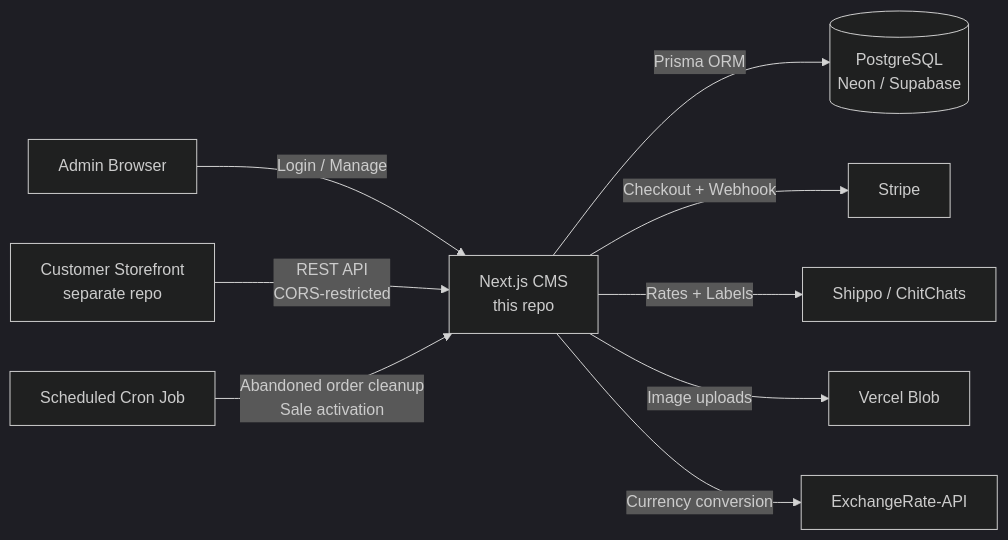
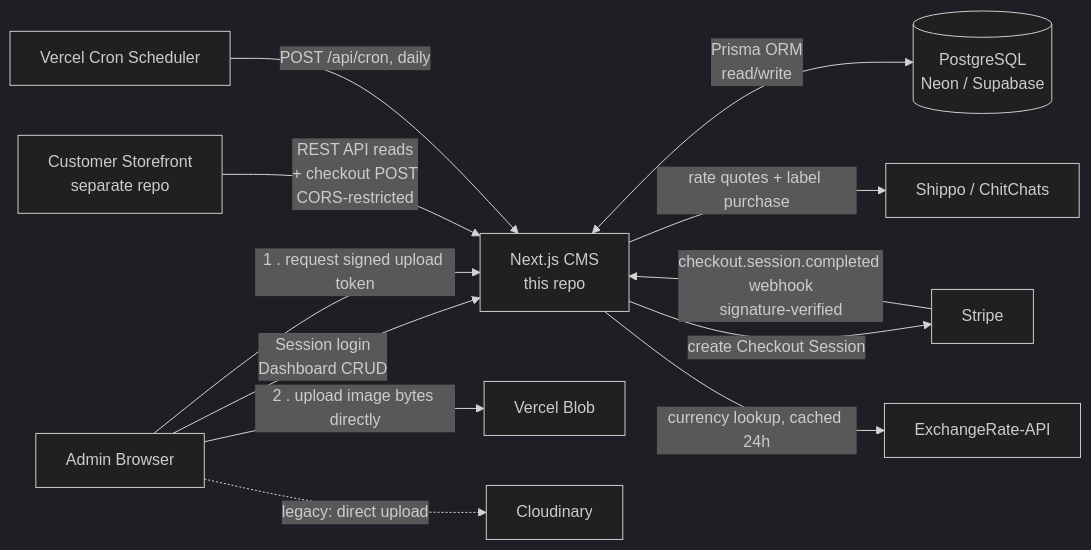
One commit to macsampson/ecommerce-cms changed the diagram in README.md. Above: the diagram before and after it, drawn with Mermaid (dark theme). The commit also changed other lines of this file, not shown here.

````diff
--- a/README.md
+++ b/README.md
@@ -80,12 +80,19 @@
 ```mermaid
 flowchart LR
-    Admin[Admin Browser] -->|Login / Manage| CMS[Next.js CMS<br/>this repo]
-    Storefront[Customer Storefront<br/>separate repo] -->|REST API<br/>CORS-restricted| CMS
+    Admin[Admin Browser] -->|Session login<br/>Dashboard CRUD| CMS[Next.js CMS<br/>this repo]
+    Admin -->|1 . request signed upload token| CMS
+    Admin -->|2 . upload image bytes directly| Blob[Vercel Blob]
+    Admin -.->|legacy: direct upload| Cloudinary[Cloudinary]
 
-    CMS -->|Prisma ORM| DB[(PostgreSQL<br/>Neon / Supabase)]
-    CMS -->|Checkout + Webhook| Stripe[Stripe]
-    CMS -->|Rates + Labels| Shippo[Shippo / ChitChats]
-    CMS -->|Image uploads| Blob[Vercel Blob]
-    CMS -->|Currency conversion| ExchangeRate[ExchangeRate-API]
-    Cron[Scheduled Cron Job] -->|Abandoned order cleanup<br/>Sale activation| CMS
+    Storefront[Customer Storefront<br/>separate repo] -->|REST API reads<br/>+ checkout POST<br/>CORS-restricted| CMS
+
+    CMS <-->|Prisma ORM<br/>read/write| DB[(PostgreSQL<br/>Neon / Supabase)]
+
+    CMS -->|create Checkout Session| Stripe[Stripe]
+    Stripe -->|checkout.session.completed webhook<br/>signature-verified| CMS
+
+    CMS -->|rate quotes + label purchase| Shippo[Shippo / ChitChats]
+    CMS -->|currency lookup, cached 24h| ExchangeRate[ExchangeRate-API]
+
+    VercelCron[Vercel Cron Scheduler] -->|POST /api/cron, daily| CMS
 ```
````
